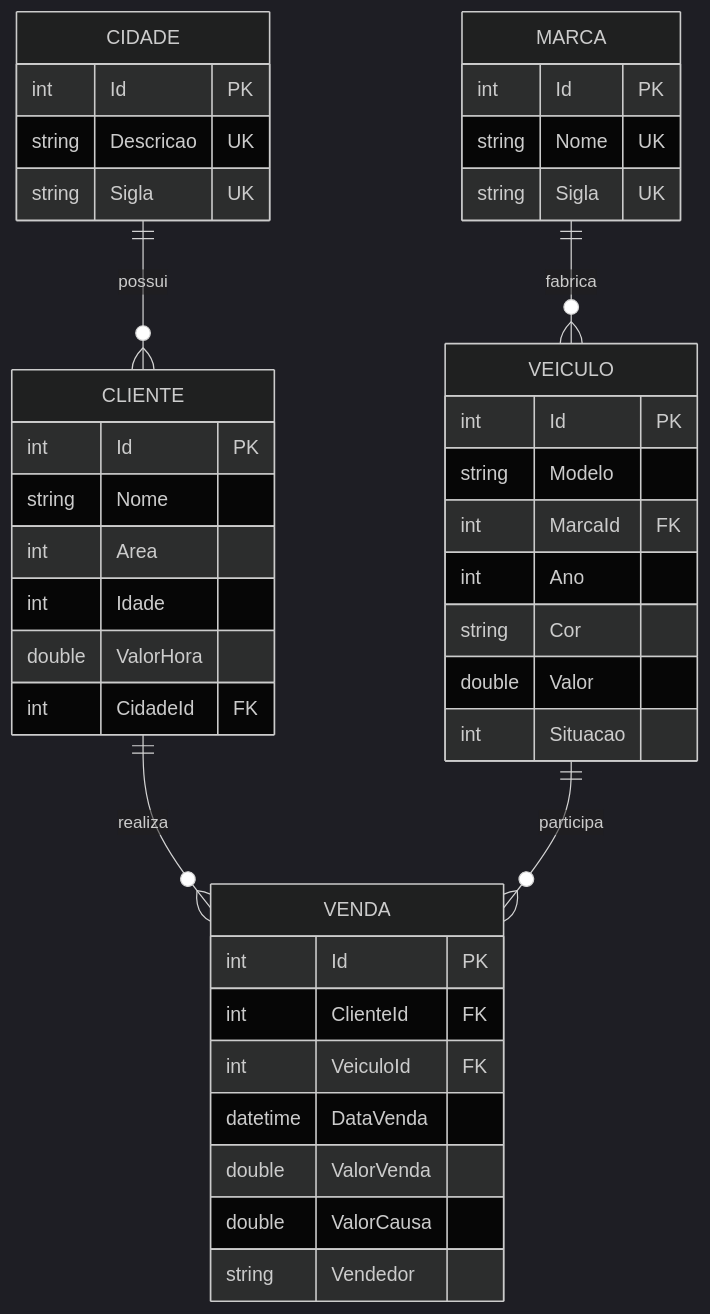
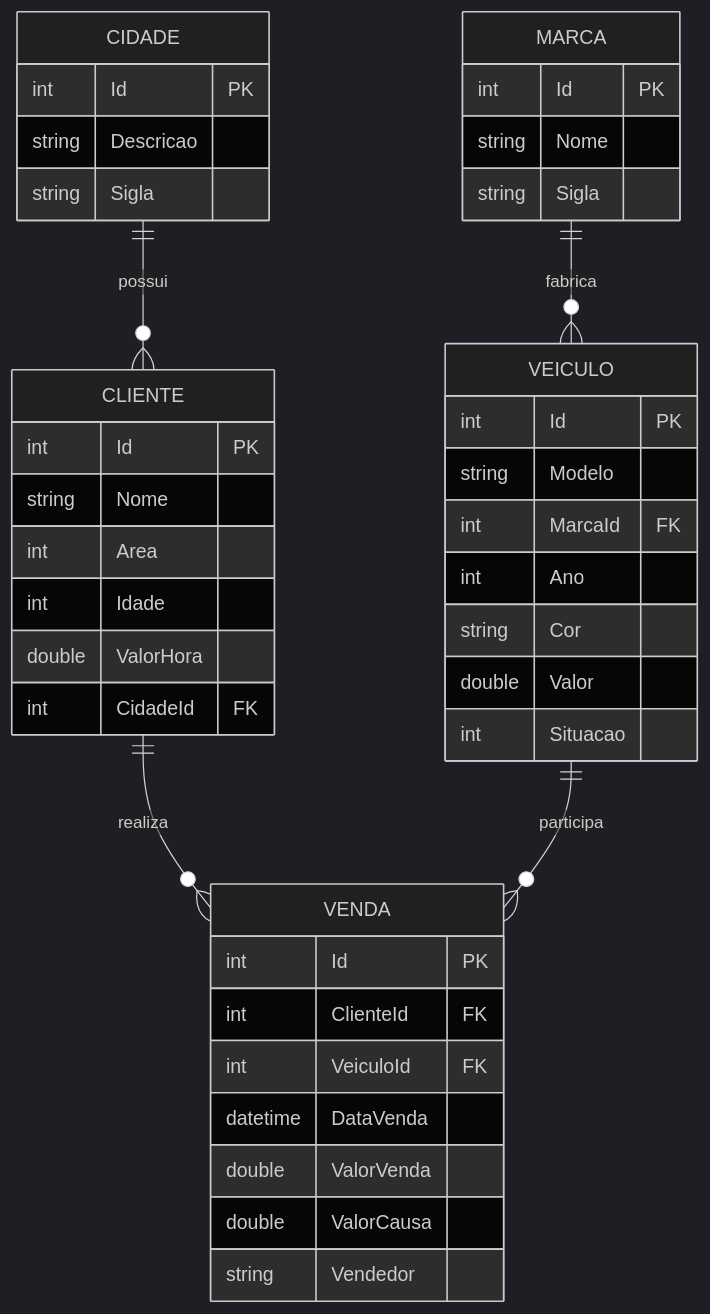
One commit to DarioKlein/gerenciador-venda-veiculos-aspnet-mvc changed the second of 3 diagrams in README.md. Above: the diagram before and after it, drawn with Mermaid (dark theme). The commit also changed other lines of this file, not shown here.

````diff
--- a/README.md
+++ b/README.md
@@ -142,48 +67,48 @@
 ```mermaid
 erDiagram
     CIDADE ||--o{ CLIENTE : possui
     MARCA ||--o{ VEICULO : fabrica
     CLIENTE ||--o{ VENDA : realiza
     VEICULO ||--o{ VENDA : participa
 
     CIDADE {
         int Id PK
-        string Descricao UK
-        string Sigla UK
+        string Descricao
+        string Sigla
     }
 
     MARCA {
         int Id PK
-        string Nome UK
-        string Sigla UK
+        string Nome
+        string Sigla
     }
 
     CLIENTE {
         int Id PK
         string Nome
         int Area
         int Idade
         double ValorHora
         int CidadeId FK
     }
 
     VEICULO {
         int Id PK
         string Modelo
         int MarcaId FK
         int Ano
         string Cor
         double Valor
         int Situacao
     }
 
     VENDA {
         int Id PK
         int ClienteId FK
         int VeiculoId FK
         datetime DataVenda
         double ValorVenda
         double ValorCausa
         string Vendedor
     }
 ```
````
